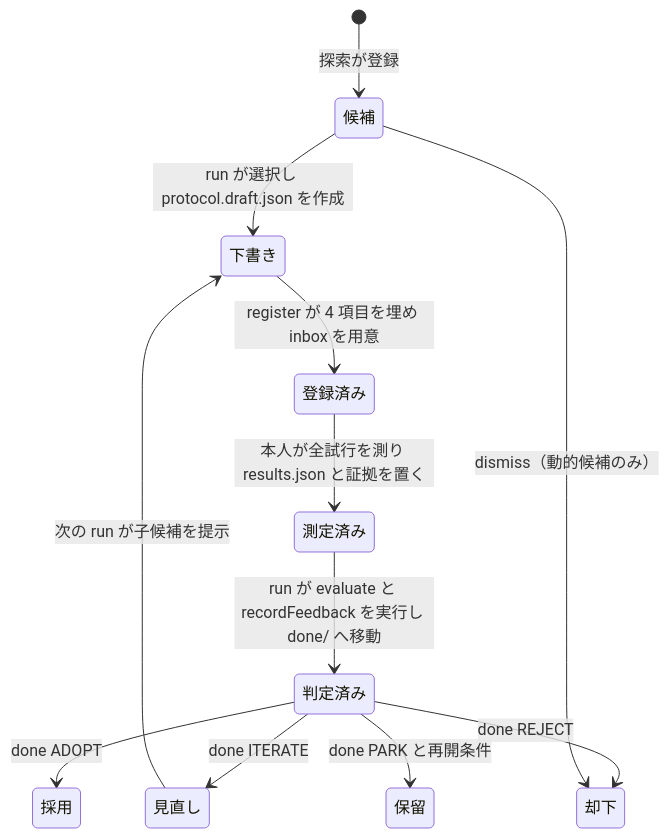
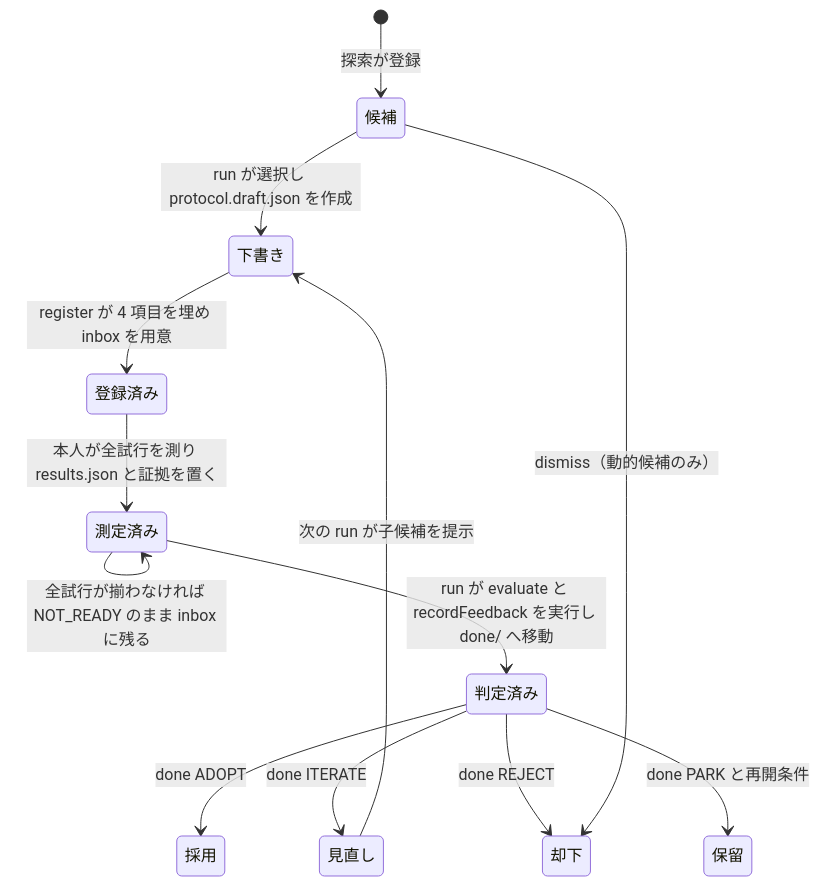
The second of 2 diagrams in docs/portfolio-loop/design.md (ns7jp/ns7jp), drawn with Mermaid before and after one commit. The commit also changed other lines of this file and 10 other files, not shown here.

````diff
--- a/docs/portfolio-loop/design.md
+++ b/docs/portfolio-loop/design.md
@@ -84,14 +88,15 @@
 ```mermaid
 stateDiagram-v2
   [*] --> 候補: 探索が登録
   候補 --> 下書き: run が選択し protocol.draft.json を作成
   下書き --> 登録済み: register が 4 項目を埋め inbox を用意
   登録済み --> 測定済み: 本人が全試行を測り results.json と証拠を置く
+  測定済み --> 測定済み: 全試行が揃わなければ NOT_READY のまま inbox に残る
   測定済み --> 判定済み: run が evaluate と recordFeedback を実行し done/ へ移動
   判定済み --> 採用: done ADOPT
   判定済み --> 見直し: done ITERATE
   判定済み --> 却下: done REJECT
   判定済み --> 保留: done PARK と再開条件
   見直し --> 下書き: 次の run が子候補を提示
   候補 --> 却下: dismiss（動的候補のみ）
 ```
````
